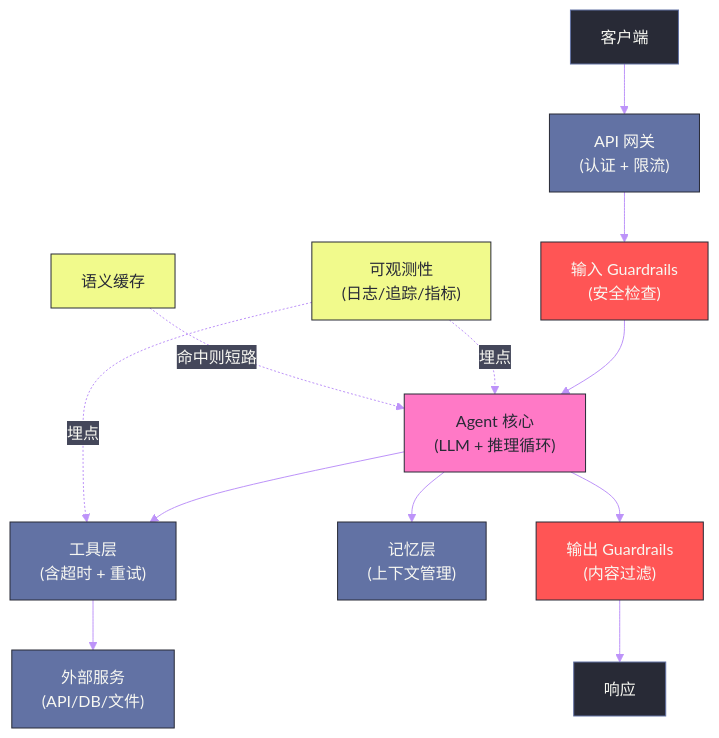
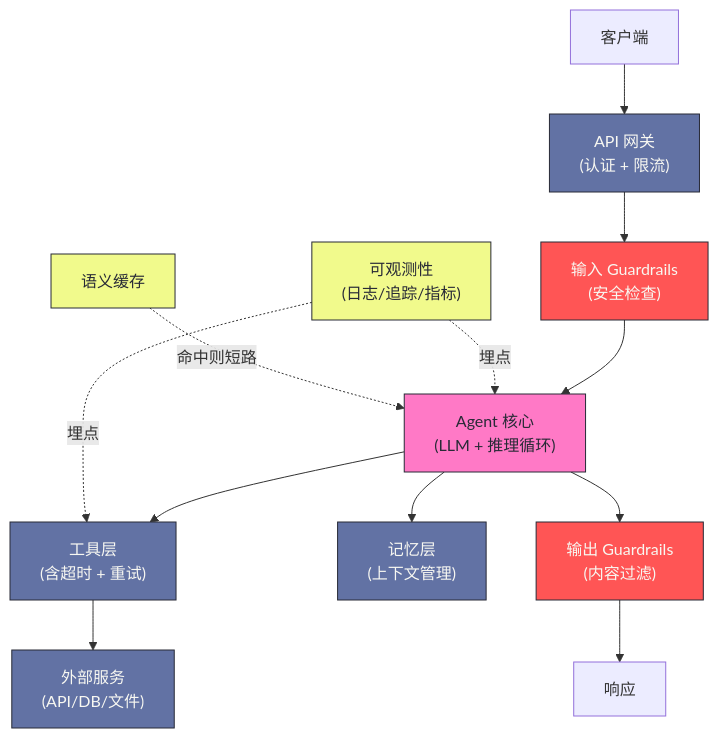
The first of 2 diagrams in content/LLM/Agent技术/应用开发/15 Agent 应用实战——从零构建生产级 Agent.md (hpliStartAgain/my-brain), drawn with Mermaid before and after one commit. The commit also changed other lines of this file and 8 other files, not shown here.

````diff
--- a/content/LLM/Agent技术/应用开发/15 Agent 应用实战——从零构建生产级 Agent.md
+++ b/content/LLM/Agent技术/应用开发/15 Agent 应用实战——从零构建生产级 Agent.md
@@ -43,25 +45,25 @@
 ```mermaid
-%%{init: {'theme': 'base', 'themeVariables': {'primaryColor': '#282a36', 'primaryTextColor': '#f8f8f2', 'primaryBorderColor': '#6272a4', 'lineColor': '#bd93f9', 'secondaryColor': '#44475a', 'tertiaryColor': '#44475a'}}}%%
+%%{init: {'theme': 'dracula', 'themeVariables': {'primaryColor': '#282a36', 'primaryTextColor': '#f8f8f2', 'primaryBorderColor': '#6272a4', 'lineColor': '#bd93f9', 'secondaryColor': '#44475a', 'tertiaryColor': '#44475a'}}%%
 graph TD
     CLIENT["客户端"] --> GW["API 网关</br>(认证 + 限流)"]
     GW --> GUARD["输入 Guardrails</br>(安全检查)"]
     GUARD --> AGENT["Agent 核心</br>(LLM + 推理循环)"]
     AGENT --> TOOLS["工具层</br>(含超时 + 重试)"]
     AGENT --> MEM["记忆层</br>(上下文管理)"]
     TOOLS --> EXTERN["外部服务</br>(API/DB/文件)"]
     AGENT --> OGUARD["输出 Guardrails</br>(内容过滤)"]
     OGUARD --> RESP["响应"]
 
     OBS["可观测性</br>(日志/追踪/指标)"] -.->|"埋点"| AGENT
     OBS -.->|"埋点"| TOOLS
     CACHE["语义缓存"] -.->|"命中则短路"| AGENT
 
     classDef security fill:#ff5555,stroke:#282a36,color:#f8f8f2
     classDef core fill:#ff79c6,stroke:#282a36,color:#282a36
     classDef infra fill:#6272a4,stroke:#282a36,color:#f8f8f2
     classDef obs fill:#f1fa8c,stroke:#282a36,color:#282a36
     class GUARD,OGUARD security
     class AGENT core
     class GW,TOOLS,MEM,EXTERN infra
     class OBS,CACHE obs
 ```
````
